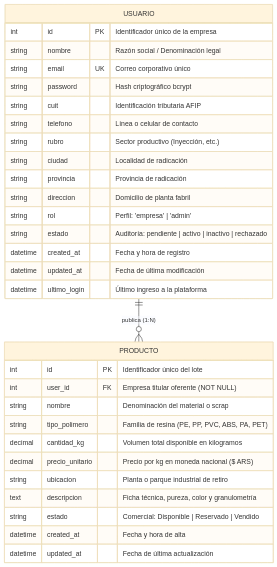
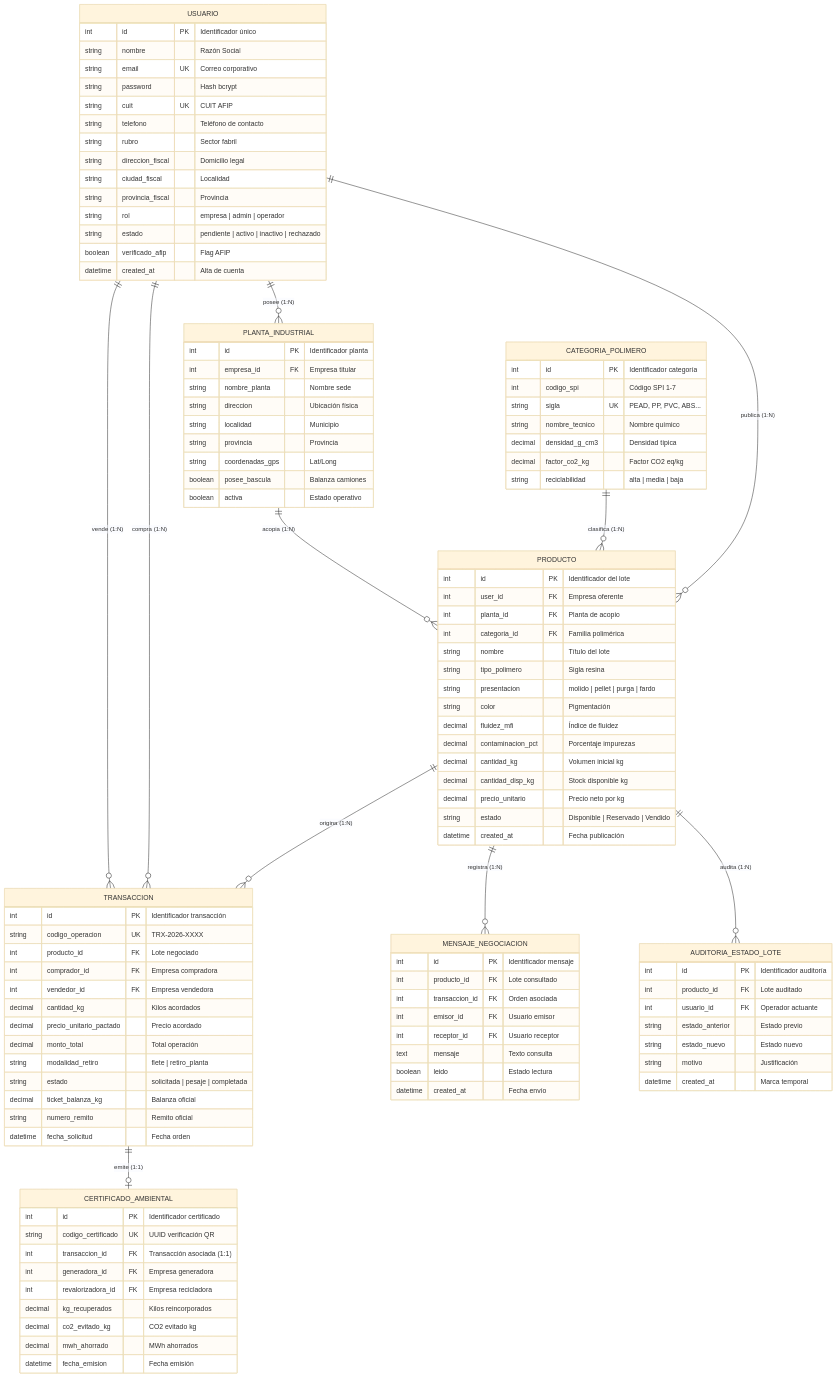
One commit to manurisolo2-blip/MateriaxPro changed the fourth of 4 diagrams in docs/DER.md. Above: the diagram before and after it, drawn with Mermaid (base theme). The commit also changed other lines of this file and 5 other files, not shown here.

````diff
--- a/docs/DER.md
+++ b/docs/DER.md
@@ -153,36 +269,119 @@
 ```mermaid
 erDiagram
+    USUARIO ||--o{ PLANTA_INDUSTRIAL : "posee (1:N)"
     USUARIO ||--o{ PRODUCTO : "publica (1:N)"
+    CATEGORIA_POLIMERO ||--o{ PRODUCTO : "clasifica (1:N)"
+    PLANTA_INDUSTRIAL ||--o{ PRODUCTO : "acopia (1:N)"
+    PRODUCTO ||--o{ TRANSACCION : "origina (1:N)"
+    USUARIO ||--o{ TRANSACCION : "compra (1:N)"
+    USUARIO ||--o{ TRANSACCION : "vende (1:N)"
+    TRANSACCION ||--o| CERTIFICADO_AMBIENTAL : "emite (1:1)"
+    PRODUCTO ||--o{ MENSAJE_NEGOCIACION : "registra (1:N)"
+    PRODUCTO ||--o{ AUDITORIA_ESTADO_LOTE : "audita (1:N)"
 
     USUARIO {
-        int id PK "Identificador único de la empresa"
-        string nombre "Razón social / Denominación legal"
-        string email UK "Correo corporativo único"
-        string password "Hash criptográfico bcrypt"
-        string cuit "Identificación tributaria AFIP"
-        string telefono "Línea o celular de contacto"
-        string rubro "Sector productivo (Inyección, etc.)"
-        string ciudad "Localidad de radicación"
-        string provincia "Provincia de radicación"
-        string direccion "Domicilio de planta fabril"
-        string rol "Perfil: 'empresa' | 'admin'"
-        string estado "Auditoría: pendiente | activo | inactivo | rechazado"
-        datetime created_at "Fecha y hora de registro"
-        datetime updated_at "Fecha de última modificación"
-        datetime ultimo_login "Último ingreso a la plataforma"
+        int id PK "Identificador único"
+        string nombre "Razón Social"
+        string email UK "Correo corporativo"
+        string password "Hash bcrypt"
+        string cuit UK "CUIT AFIP"
+        string telefono "Teléfono de contacto"
+        string rubro "Sector fabril"
+        string direccion_fiscal "Domicilio legal"
+        string ciudad_fiscal "Localidad"
+        string provincia_fiscal "Provincia"
+        string rol "empresa | admin | operador"
+        string estado "pendiente | activo | inactivo | rechazado"
+        boolean verificado_afip "Flag AFIP"
+        datetime created_at "Alta de cuenta"
+    }
+
+    PLANTA_INDUSTRIAL {
+        int id PK "Identificador planta"
+        int empresa_id FK "Empresa titular"
+        string nombre_planta "Nombre sede"
+        string direccion "Ubicación física"
+        string localidad "Municipio"
+        string provincia "Provincia"
+        string coordenadas_gps "Lat/Long"
+        boolean posee_bascula "Balanza camiones"
+        boolean activa "Estado operativo"
+    }
+
+    CATEGORIA_POLIMERO {
+        int id PK "Identificador categoría"
+        int codigo_spi "Código SPI 1-7"
+        string sigla UK "PEAD, PP, PVC, ABS..."
+        string nombre_tecnico "Nombre químico"
+        decimal densidad_g_cm3 "Densidad típica"
+        decimal factor_co2_kg "Factor CO2 eq/kg"
+        string reciclabilidad "alta | media | baja"
     }
 
     PRODUCTO {
-        int id PK "Identificador único del lote"
-        int user_id FK "Empresa titular oferente (NOT NULL)"
-        string nombre "Denominación del material o scrap"
-        string tipo_polimero "Familia de resina (PE, PP, PVC, ABS, PA, PET)"
-        decimal cantidad_kg "Volumen total disponible en kilogramos"
-        decimal precio_unitario "Precio por kg en moneda nacional ($ ARS)"
-        string ubicacion "Planta o parque industrial de retiro"
-        text descripcion "Ficha técnica, pureza, color y granulometría"
-        string estado "Comercial: Disponible | Reservado | Vendido"
-        datetime created_at "Fecha y hora de alta"
-        datetime updated_at "Fecha de última actualización"
+        int id PK "Identificador del lote"
+        int user_id FK "Empresa oferente"
+        int planta_id FK "Planta de acopio"
+        int categoria_id FK "Familia polimérica"
+        string nombre "Título del lote"
+        string tipo_polimero "Sigla resina"
+        string presentacion "molido | pellet | purga | fardo"
+        string color "Pigmentación"
+        decimal fluidez_mfi "Índice de fluidez"
+        decimal contaminacion_pct "Porcentaje impurezas"
+        decimal cantidad_kg "Volumen inicial kg"
+        decimal cantidad_disp_kg "Stock disponible kg"
+        decimal precio_unitario "Precio neto por kg"
+        string estado "Disponible | Reservado | Vendido"
+        datetime created_at "Fecha publicación"
+    }
+
+    TRANSACCION {
+        int id PK "Identificador transacción"
+        string codigo_operacion UK "TRX-2026-XXXX"
+        int producto_id FK "Lote negociado"
+        int comprador_id FK "Empresa compradora"
+        int vendedor_id FK "Empresa vendedora"
+        decimal cantidad_kg "Kilos acordados"
+        decimal precio_unitario_pactado "Precio acordado"
+        decimal monto_total "Total operación"
+        string modalidad_retiro "flete | retiro_planta"
+        string estado "solicitada | pesaje | completada"
+        decimal ticket_balanza_kg "Balanza oficial"
+        string numero_remito "Remito oficial"
+        datetime fecha_solicitud "Fecha orden"
+    }
+
+    CERTIFICADO_AMBIENTAL {
+        int id PK "Identificador certificado"
+        string codigo_certificado UK "UUID verificación QR"
+        int transaccion_id FK "Transacción asociada (1:1)"
+        int generadora_id FK "Empresa generadora"
+        int revalorizadora_id FK "Empresa recicladora"
+        decimal kg_recuperados "Kilos reincorporados"
+        decimal co2_evitado_kg "CO2 evitado kg"
+        decimal mwh_ahorrado "MWh ahorrados"
+        datetime fecha_emision "Fecha emisión"
+    }
+
+    MENSAJE_NEGOCIACION {
+        int id PK "Identificador mensaje"
+        int producto_id FK "Lote consultado"
+        int transaccion_id FK "Orden asociada"
+        int emisor_id FK "Usuario emisor"
+        int receptor_id FK "Usuario receptor"
+        text mensaje "Texto consulta"
+        boolean leido "Estado lectura"
+        datetime created_at "Fecha envío"
+    }
+
+    AUDITORIA_ESTADO_LOTE {
+        int id PK "Identificador auditoría"
+        int producto_id FK "Lote auditado"
+        int usuario_id FK "Operador actuante"
+        string estado_anterior "Estado previo"
+        string estado_nuevo "Estado nuevo"
+        string motivo "Justificación"
+        datetime created_at "Marca temporal"
     }
 ```
````
